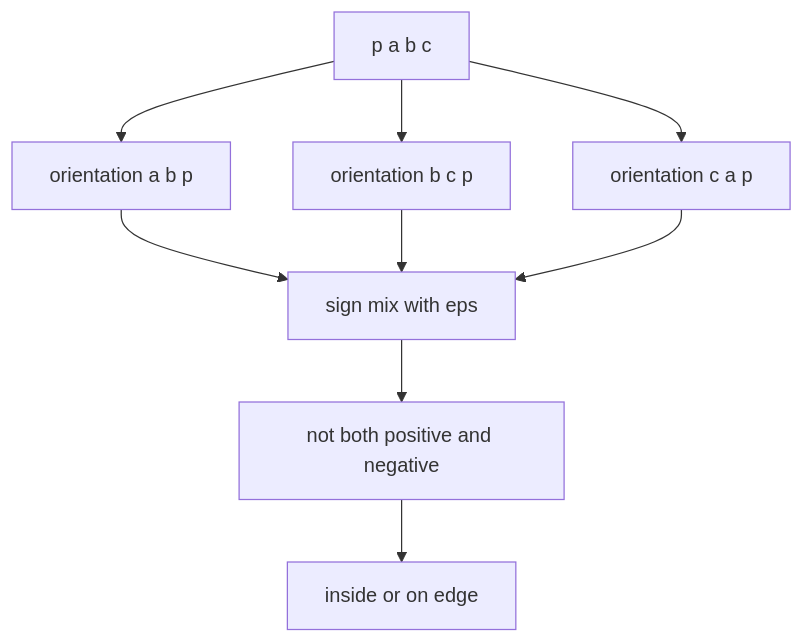
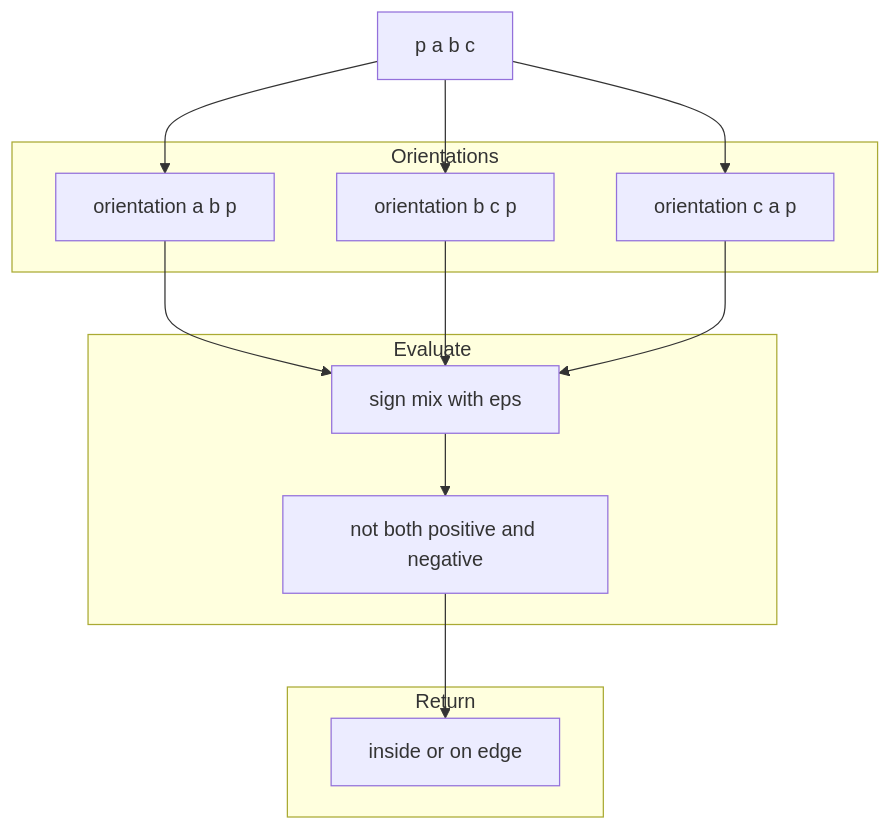
Before and after one commit to Gh0st352/AETHR: the fourth of 5 diagrams in docs/poly/random_points_and_sampling.md, drawn with Mermaid. The commit also changed other lines of this file and 9 other files, not shown here.

First line of the commit message:
docs(poly): improve README headings and mermaid diagrams

````diff
--- a/docs/poly/random_points_and_sampling.md
+++ b/docs/poly/random_points_and_sampling.md
@@ -70,9 +140,29 @@
 ```mermaid
+%% shared theme: docs/_mermaid/theme.json %%
 flowchart TD
   IN[p a b c] --> ORI1[orientation a b p]
   IN --> ORI2[orientation b c p]
   IN --> ORI3[orientation c a p]
-  ORI1 & ORI2 & ORI3 --> SIGN[sign mix with eps]
+  ORI1 --> SIGN[sign mix with eps]
+  ORI2 --> SIGN
+  ORI3 --> SIGN
   SIGN --> RES[not both positive and negative]
   RES --> OUT[inside or on edge]
+
+  subgraph "Orientations"
+    ORI1
+    ORI2
+    ORI3
+  end
+  subgraph "Evaluate"
+    SIGN
+    RES
+  end
+  subgraph "Return"
+    OUT
+  end
+
+  class IN class_io;
+  class ORI1,ORI2,ORI3,SIGN,RES class_step;
+  class OUT class_result;
 ```
````
